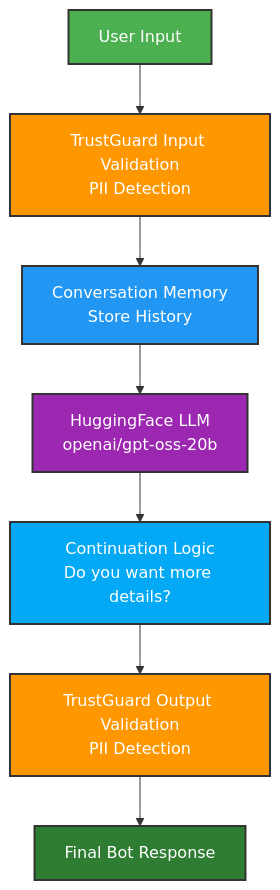
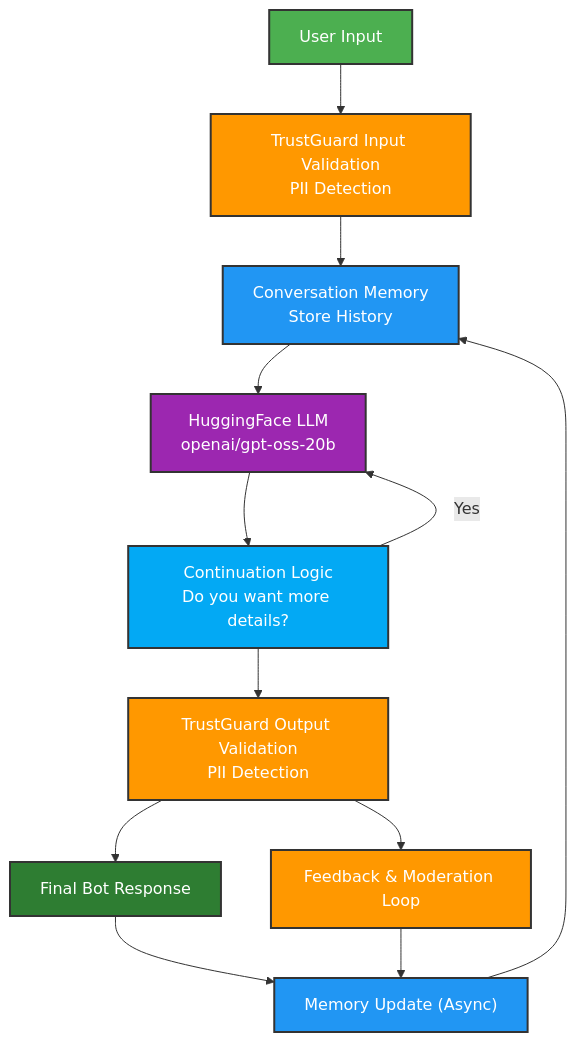
The diagram in README.md (Dr-Mo-Khalaf/GenerativeAI-TrustGuard-memory), drawn with Mermaid before and after one commit. The commit also changed other lines of this file, not shown here.

````diff
--- a/README.md
+++ b/README.md
@@ -114,17 +114,30 @@
 ```mermaid
 flowchart TD
+    %% User input
+    User[User Input]:::user --> InputGuard["TrustGuard Input Validation<br/>PII Detection"]:::guard
+    InputGuard --> Memory["Conversation Memory<br/>Store History"]:::memory
+    Memory --> LLM["HuggingFace LLM<br/>openai/gpt-oss-20b"]:::llm
+    LLM --> ContinuationLogic["Continuation Logic<br/>Do you want more details?"]:::logic
+    ContinuationLogic --> OutputGuard["TrustGuard Output Validation<br/>PII Detection"]:::guard
+    OutputGuard --> FinalResponse["Final Bot Response"]:::response
+    
+    %% Continuation loop
+    ContinuationLogic -->|Yes| LLM
+    
+    %% Asynchronous memory update
+    FinalResponse --> MemoryUpdate["Memory Update (Async)"]:::memory
+    MemoryUpdate --> Memory
+    
+    %% Feedback / moderation loop
+    OutputGuard --> Moderation["Feedback & Moderation Loop"]:::guard
+    Moderation --> MemoryUpdate
 
-A[User Input]:::user --> B[TrustGuard Input Validation<br/>PII Detection]:::guard
-B --> C[Conversation Memory<br/>Store History]:::memory
-C --> D[HuggingFace LLM<br/>openai/gpt-oss-20b]:::llm
-D --> E[Continuation Logic<br/>Do you want more details?]:::logic
-E --> F[TrustGuard Output Validation<br/>PII Detection]:::guard
-F --> G[Final Bot Response]:::response
+    %% Node classes
+    classDef user fill:#4CAF50,color:#fff,stroke:#333,stroke-width:2px;
+    classDef guard fill:#FF9800,color:#fff,stroke:#333,stroke-width:2px;
+    classDef memory fill:#2196F3,color:#fff,stroke:#333,stroke-width:2px;
+    classDef llm fill:#9C27B0,color:#fff,stroke:#333,stroke-width:2px;
+    classDef logic fill:#03A9F4,color:#fff,stroke:#333,stroke-width:2px;
+    classDef response fill:#2E7D32,color:#fff,stroke:#333,stroke-width:2px;
 
-classDef user fill:#4CAF50,color:#fff,stroke:#333,stroke-width:2px;
-classDef guard fill:#FF9800,color:#fff,stroke:#333,stroke-width:2px;
-classDef memory fill:#2196F3,color:#fff,stroke:#333,stroke-width:2px;
-classDef llm fill:#9C27B0,color:#fff,stroke:#333,stroke-width:2px;
-classDef logic fill:#03A9F4,color:#fff,stroke:#333,stroke-width:2px;
-classDef response fill:#2E7D32,color:#fff,stroke:#333,stroke-width:2px;
 ```
````
